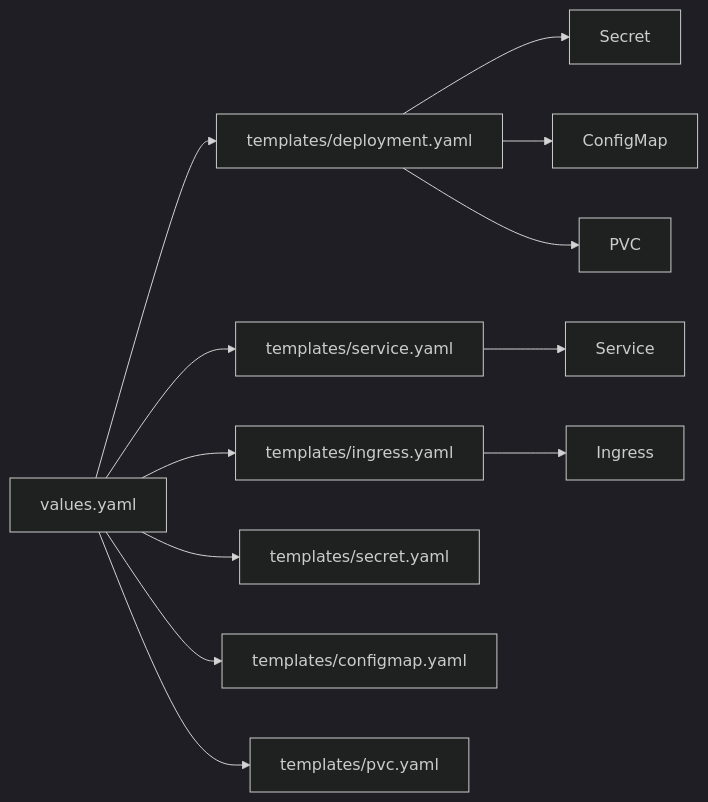
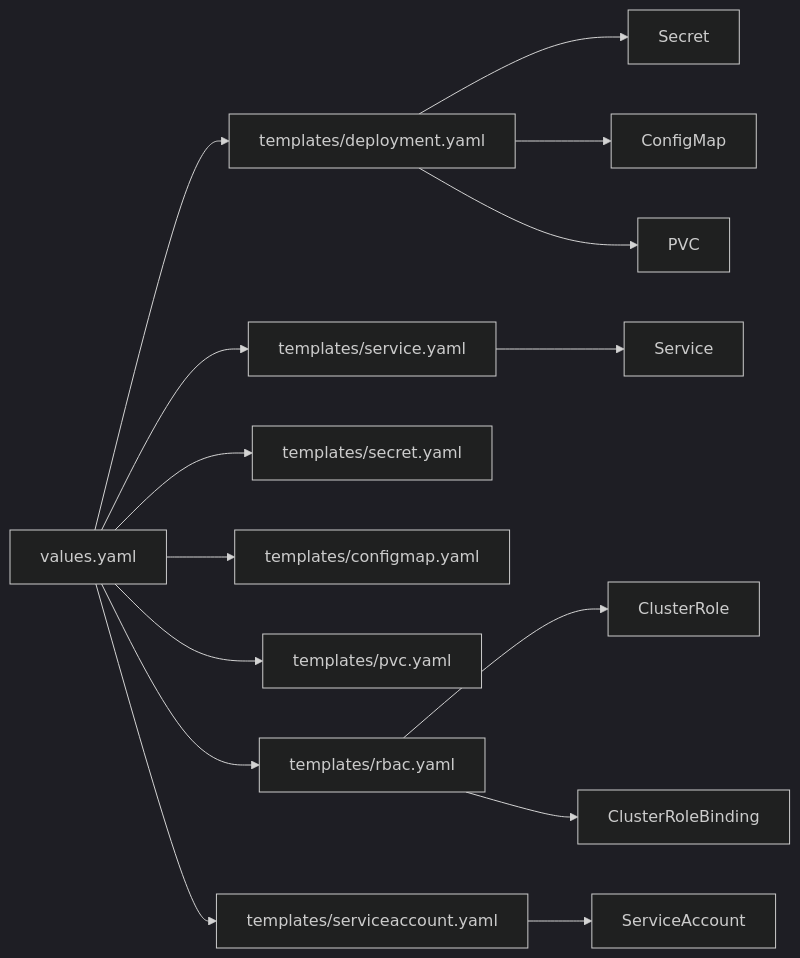
One commit to kudig-io/klaw changed the third of 3 diagrams in .qoder/repowiki/zh/content/安装部署/Kubernetes集群部署/Helm Chart 部署.md. Above: the diagram before and after it, drawn with Mermaid (dark theme). The commit also changed other lines of this file and 336 other files, not shown here.

````diff
--- a/.qoder/repowiki/zh/content/安装部署/Kubernetes集群部署/Helm Chart 部署.md
+++ b/.qoder/repowiki/zh/content/安装部署/Kubernetes集群部署/Helm Chart 部署.md
@@ -187,14 +256,17 @@
 ```mermaid
 graph LR
 V["values.yaml"] --> T1["templates/deployment.yaml"]
 V --> T2["templates/service.yaml"]
-V --> T3["templates/ingress.yaml"]
-V --> T4["templates/secret.yaml"]
-V --> T5["templates/configmap.yaml"]
-V --> T6["templates/pvc.yaml"]
+V --> T3["templates/secret.yaml"]
+V --> T4["templates/configmap.yaml"]
+V --> T5["templates/pvc.yaml"]
+V --> T6["templates/rbac.yaml"]
+V --> T7["templates/serviceaccount.yaml"]
 T1 --> R1["Secret"]
 T1 --> R2["ConfigMap"]
 T1 --> R3["PVC"]
 T2 --> R4["Service"]
-T3 --> R5["Ingress"]
+T6 --> R5["ClusterRole"]
+T6 --> R6["ClusterRoleBinding"]
+T7 --> R7["ServiceAccount"]
 ```
````
